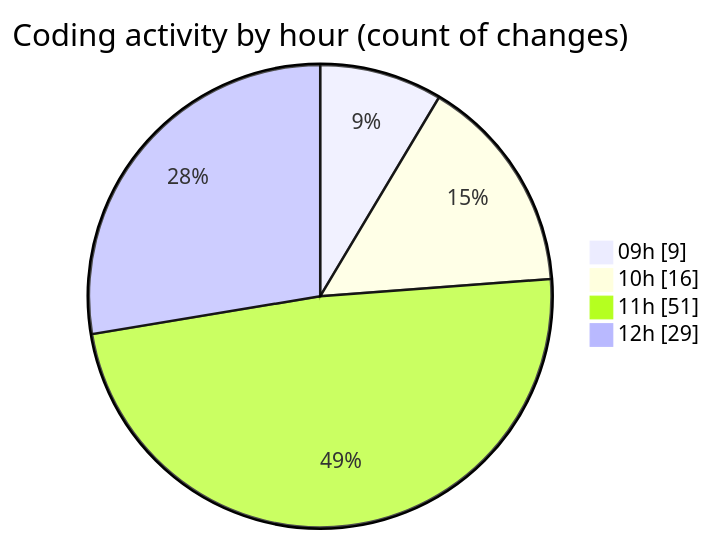
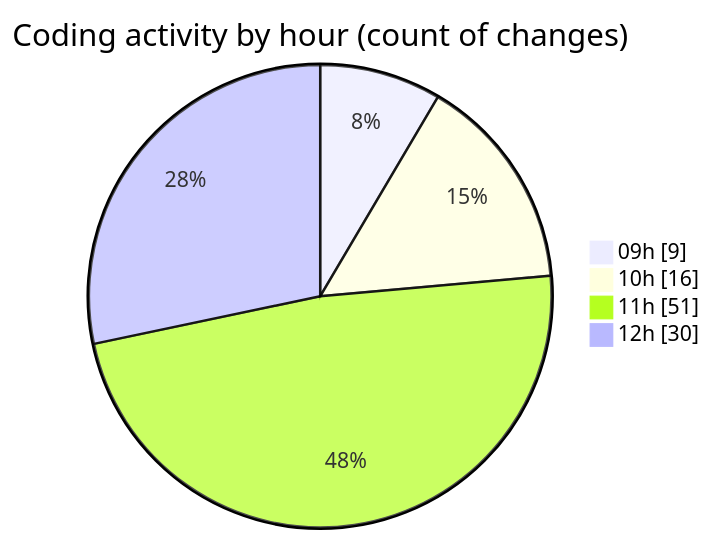
Before and after one commit to momahboobian/code-tracking: the second of 2 diagrams in 2026-09-10/cda/README.md, drawn with Mermaid. The commit also changed other lines of this file and 1 other file, not shown here.

````diff
--- a/2026-09-10/cda/README.md
+++ b/2026-09-10/cda/README.md
@@ -103,8 +103,8 @@
 ```mermaid
 pie showData
 title Coding activity by hour (count of changes)
 "09h" : 9
 "10h" : 16
 "11h" : 51
-"12h" : 29
+"12h" : 30
 ```
````
